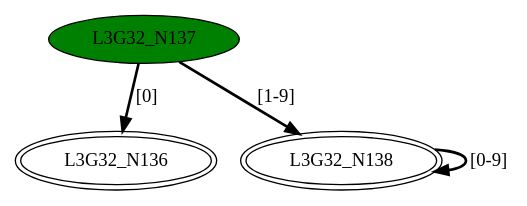
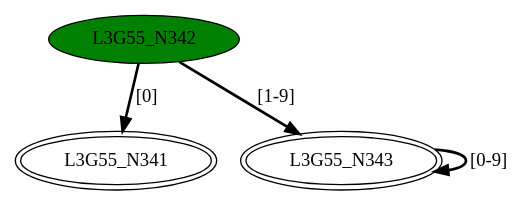
The diagram in DFASimulator/Testbench/minimizedDFA3.dot (GDimitroulakos/EDUFLEX), drawn with Graphviz before and after one commit. The commit also changed 48 other files, not shown here.

```diff
--- a/DFASimulator/Testbench/minimizedDFA3.dot
+++ b/DFASimulator/Testbench/minimizedDFA3.dot
@@ -1,8 +1,8 @@
-digraph G32{
-"L3G32_N136" [peripheries=2];
-"L3G32_N137" [style=filled,fillcolor=green];
-"L3G32_N138" [peripheries=2];
-"L3G32_N137"->"L3G32_N136" [style = bold, label = "[0]"];
-"L3G32_N137"->"L3G32_N138" [style = bold, label = "[1-9]"];
-"L3G32_N138"->"L3G32_N138" [style = bold, label = "[0-9]"];
+digraph G55{
+"L3G55_N341" [peripheries=2];
+"L3G55_N342" [style=filled,fillcolor=green];
+"L3G55_N343" [peripheries=2];
+"L3G55_N342"->"L3G55_N341" [style = bold, label = "[0]"];
+"L3G55_N342"->"L3G55_N343" [style = bold, label = "[1-9]"];
+"L3G55_N343"->"L3G55_N343" [style = bold, label = "[0-9]"];
 }
```
